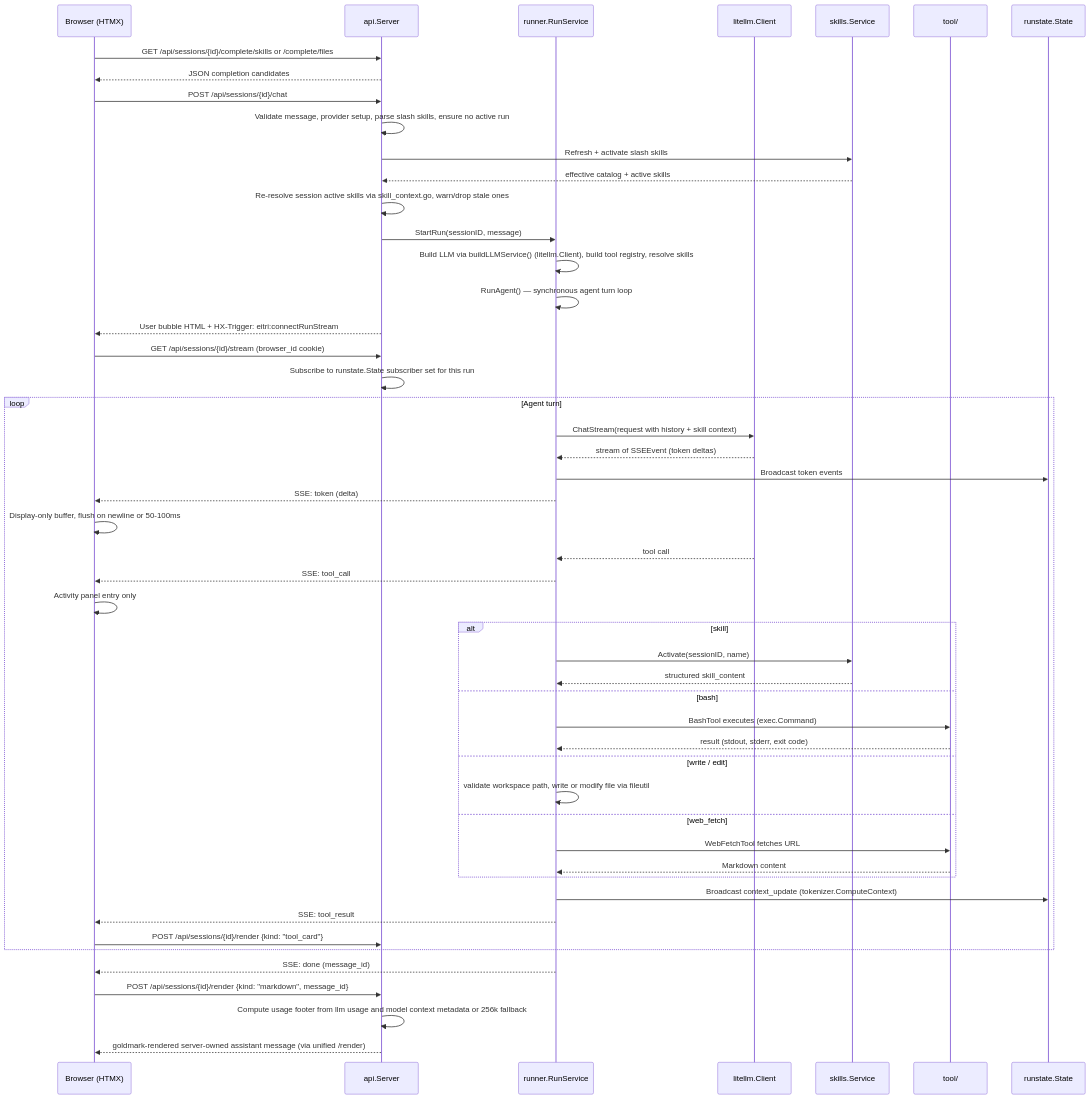
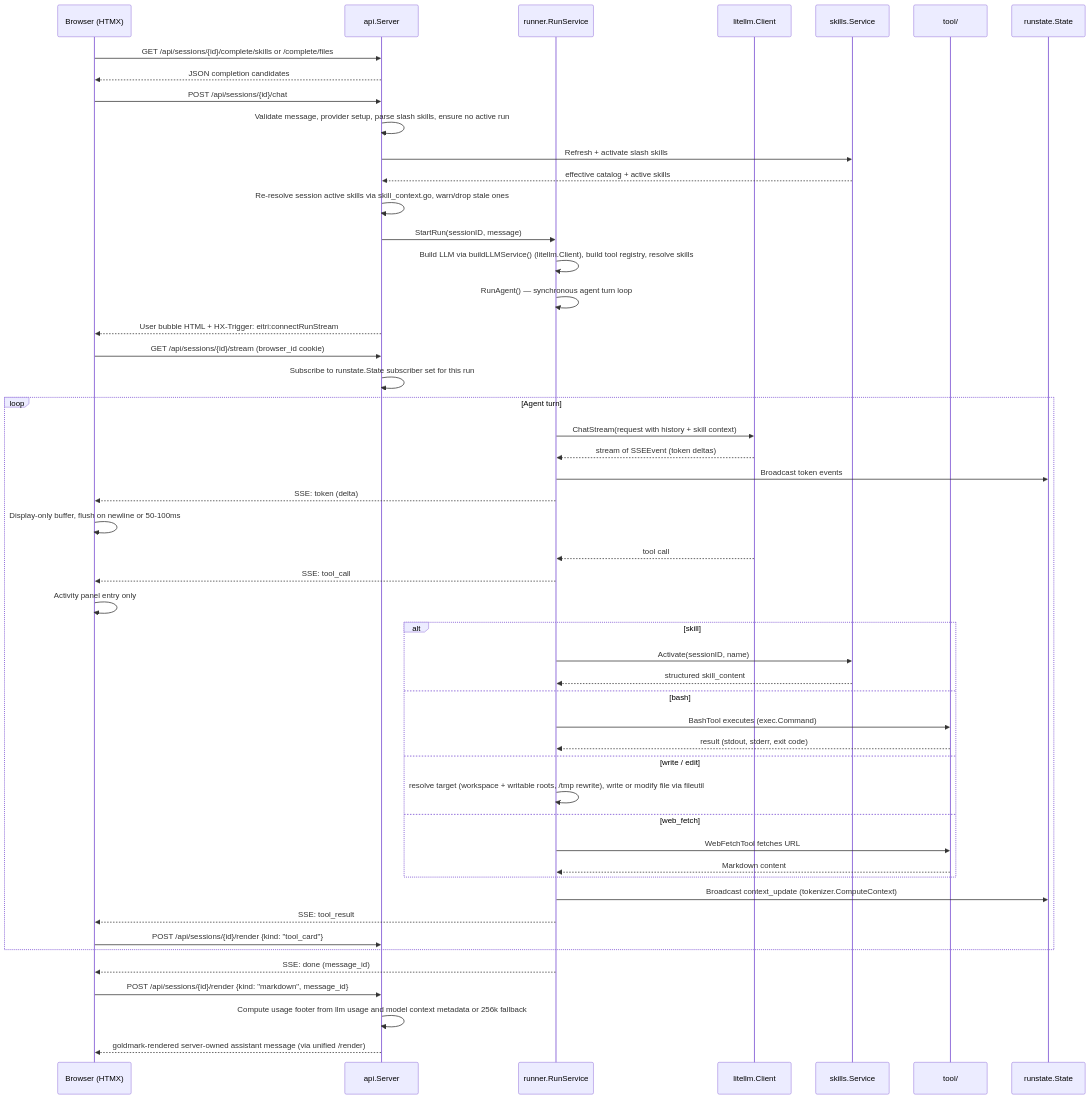
Before and after one commit to glemsom/eitri: the second of 2 diagrams in docs/ARCHITECTURE.md, drawn with Mermaid. The commit also changed 1 other file, not shown here.

Commit message:
docs(arch): describe allowed write paths for write/edit tools (issue #1211) (#1225)
ARCHITECTURE.md no longer claims write/edit are strictly workspace-only.
The file-map entries for write.go/edit.go, the tool-registration prose,
the run sequence diagram, and the resource-access invariant now state
that byte-tools validate targets against the workspace root and the
configured writable roots (allowed write paths, ADR-0031), with /tmp/...
targets rewritten to the run's session sandbox tmpdir (ADR-0026).

````diff
--- a/docs/ARCHITECTURE.md
+++ b/docs/ARCHITECTURE.md
@@ -469,54 +469,54 @@
 ```mermaid
 sequenceDiagram
     participant Browser as Browser (HTMX)
     participant API as api.Server
     participant RunSvc as runner.RunService
     participant LLM as litellm.Client
     participant Skills as skills.Service
     participant Tool as tool/
 
     Browser->>API: GET /api/sessions/{id}/complete/skills or /complete/files
     API-->>Browser: JSON completion candidates
     Browser->>API: POST /api/sessions/{id}/chat
     API->>API: Validate message, provider setup, parse slash skills, ensure no active run
     API->>Skills: Refresh + activate slash skills
     Skills-->>API: effective catalog + active skills
     API->>API: Re-resolve session active skills via skill_context.go, warn/drop stale ones
     API->>RunSvc: StartRun(sessionID, message)
     RunSvc->>RunSvc: Build LLM via buildLLMService() (litellm.Client), build tool registry, resolve skills
     RunSvc->>RunSvc: RunAgent() — synchronous agent turn loop
     API-->>Browser: User bubble HTML + HX-Trigger: eitri:connectRunStream
     Browser->>API: GET /api/sessions/{id}/stream (browser_id cookie)
     API->>API: Subscribe to runstate.State subscriber set for this run
     
     loop Agent turn
         RunSvc->>LLM: ChatStream(request with history + skill context)
         LLM-->>RunSvc: stream of SSEEvent (token deltas)
         RunSvc->>runstate.State: Broadcast token events
         RunSvc-->>Browser: SSE: token (delta)
         Browser->>Browser: Display-only buffer, flush on newline or 50-100ms
         LLM-->>RunSvc: tool call
         RunSvc-->>Browser: SSE: tool_call
         Browser->>Browser: Activity panel entry only
         alt skill
             RunSvc->>Skills: Activate(sessionID, name)
             Skills-->>RunSvc: structured skill_content
         else bash
             RunSvc->>Tool: BashTool executes (exec.Command)
             Tool-->>RunSvc: result (stdout, stderr, exit code)
         else write / edit
-            RunSvc->>RunSvc: validate workspace path, write or modify file via fileutil
+            RunSvc->>RunSvc: resolve target (workspace + writable roots, /tmp rewrite), write or modify file via fileutil
         else web_fetch
             RunSvc->>Tool: WebFetchTool fetches URL
             Tool-->>RunSvc: Markdown content
         end
         RunSvc->>runstate.State: Broadcast context_update (tokenizer.ComputeContext)
         RunSvc-->>Browser: SSE: tool_result
         Browser->>API: POST /api/sessions/{id}/render {kind: "tool_card"}
     end
 
     RunSvc-->>Browser: SSE: done (message_id)
     Browser->>API: POST /api/sessions/{id}/render {kind: "markdown", message_id}
     API->>API: Compute usage footer from llm usage and model context metadata or 256k fallback
     API-->>Browser: goldmark-rendered server-owned assistant message (via unified /render)
 ```
````
